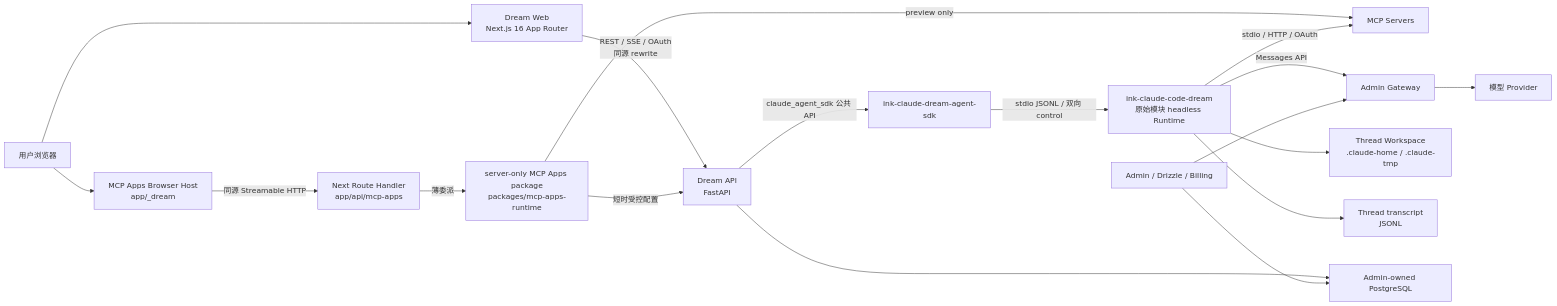
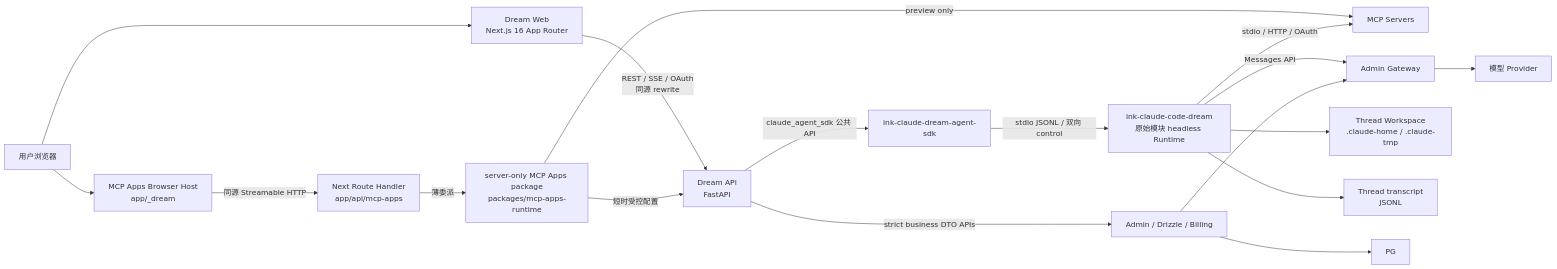
The first of 4 diagrams in docs/architecture/项目架构设计说明.md (glide-the/im-dream), drawn with Mermaid before and after one commit. The commit also changed other lines of this file and 22 other files, not shown here.

Commit message:
refactor(story): move launch persistence to Admin APIs

````diff
--- a/docs/architecture/项目架构设计说明.md
+++ b/docs/architecture/项目架构设计说明.md
@@ -59,20 +60,20 @@
 ```mermaid
 flowchart LR
     U["用户浏览器"] --> FE["Dream Web<br/>Next.js 16 App Router"]
     FE -->|"REST / SSE / OAuth<br/>同源 rewrite"| API["Dream API<br/>FastAPI"]
     U --> HOST["MCP Apps Browser Host<br/>app/_dream"]
     HOST -->|"同源 Streamable HTTP"| RH["Next Route Handler<br/>app/api/mcp-apps"]
     RH -->|"薄委派"| NRT["server-only MCP Apps package<br/>packages/mcp-apps-runtime"]
     NRT -->|"短时受控配置"| API
     NRT -->|"preview only"| MCP
     API -->|"claude_agent_sdk 公共 API"| SDK["ink-claude-dream-agent-sdk"]
     SDK -->|"stdio JSONL / 双向 control"| RT["ink-claude-code-dream<br/>原始模块 headless Runtime"]
     RT -->|"Messages API"| GW["Admin Gateway"]
     RT -->|"stdio / HTTP / OAuth"| MCP["MCP Servers"]
     RT --> WS["Thread Workspace<br/>.claude-home / .claude-tmp"]
     RT --> TS["Thread transcript<br/>JSONL"]
-    API --> PG["Admin-owned PostgreSQL"]
+    API -->|"strict business DTO APIs"| ADMIN
     ADMIN["Admin / Drizzle / Billing"] --> PG
     ADMIN --> GW
     GW --> PROVIDER["模型 Provider"]
 ```
````
